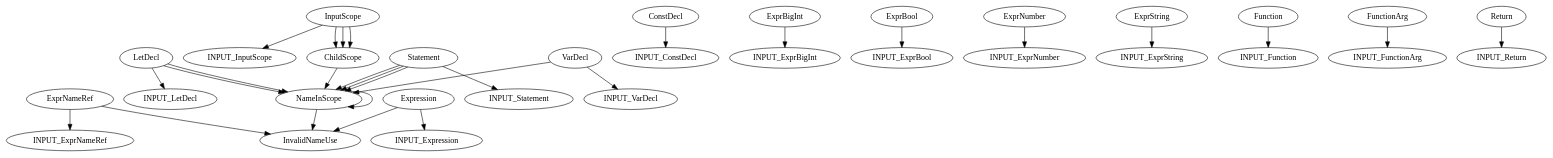
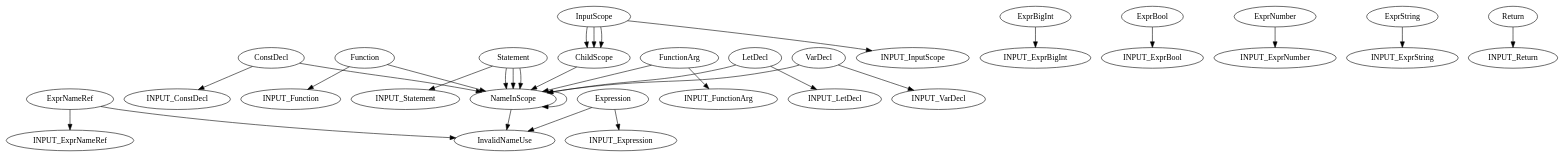
Before and after one commit to Stupremee/RSLint: the diagram in crates/rslint_scope/generated/rslint_scoping.dot, drawn with Graphviz. The commit also changed 127 other files, not shown here.

```diff
--- a/crates/rslint_scope/generated/rslint_scoping.dot
+++ b/crates/rslint_scope/generated/rslint_scoping.dot
@@ -1,61 +1,63 @@
 digraph {
     0 [label=ChildScope];
     1 [label=ConstDecl];
     2 [label=ExprBigInt];
     3 [label=ExprBool];
     4 [label=ExprNameRef];
     5 [label=ExprNumber];
     6 [label=ExprString];
     7 [label=Expression];
     8 [label=Function];
     9 [label=FunctionArg];
     10 [label=INPUT_ConstDecl];
     11 [label=INPUT_ExprBigInt];
     12 [label=INPUT_ExprBool];
     13 [label=INPUT_ExprNameRef];
     14 [label=INPUT_ExprNumber];
     15 [label=INPUT_ExprString];
     16 [label=INPUT_Expression];
     17 [label=INPUT_Function];
     18 [label=INPUT_FunctionArg];
     19 [label=INPUT_InputScope];
     20 [label=INPUT_LetDecl];
     21 [label=INPUT_Return];
     22 [label=INPUT_Statement];
     23 [label=INPUT_VarDecl];
     24 [label=InputScope];
     25 [label=InvalidNameUse];
     26 [label=LetDecl];
     27 [label=NameInScope];
     28 [label=Return];
     29 [label=Statement];
     30 [label=VarDecl];
     0 -> 27;
     1 -> 10;
+    1 -> 27;
     2 -> 11;
     3 -> 12;
     4 -> 13;
     4 -> 25;
     5 -> 14;
     6 -> 15;
     7 -> 16;
     7 -> 25;
     8 -> 17;
+    8 -> 27;
     9 -> 18;
+    9 -> 27;
     24 -> 0;
     24 -> 0;
     24 -> 0;
     24 -> 19;
     26 -> 20;
-    26 -> 27;
     26 -> 27;
     27 -> 25;
     27 -> 27;
     28 -> 21;
     29 -> 22;
     29 -> 27;
     29 -> 27;
     29 -> 27;
     30 -> 23;
     30 -> 27;
 }
```
